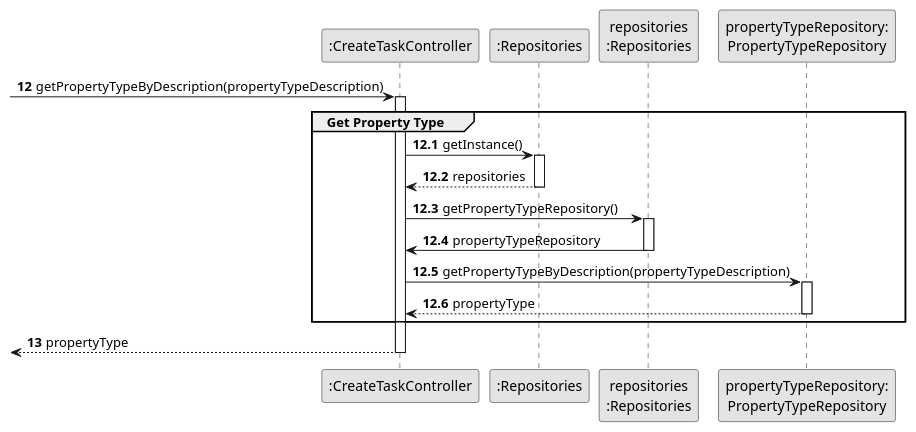
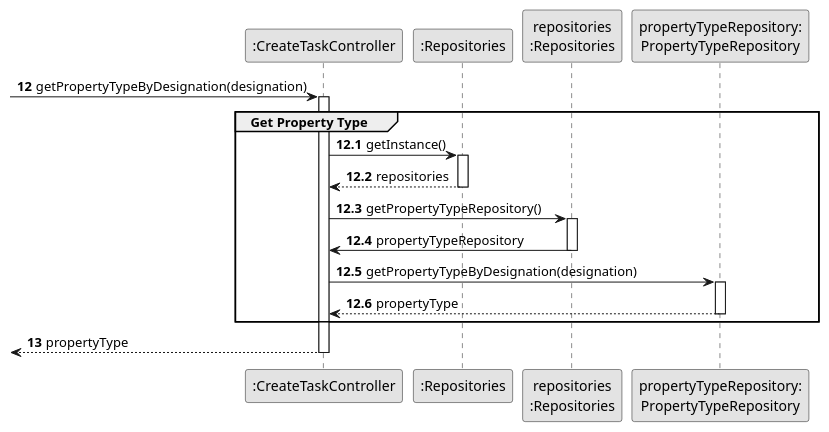
The diagram in docs/sprintB/us002/03.design/puml/us002-sequence-diagram-partial-get-property-type.puml (rita-barbosa/LAPR2-2223), drawn with PlantUML before and after one commit. The commit also changed 2 other files, not shown here.

Commit message:
Update of sequence diagram [US002][Design]

```diff
--- a/docs/sprintB/us002/03.design/puml/us002-sequence-diagram-partial-get-property-type.puml
+++ b/docs/sprintB/us002/03.design/puml/us002-sequence-diagram-partial-get-property-type.puml
@@ -1,44 +1,44 @@
 @startuml
 skinparam monochrome true
 skinparam packageStyle rectangle
 skinparam shadowing false
 
 participant ":CreateTaskController" as CTRL
 participant ":Repositories" as RepositorySingleton
 participant "repositories\n:Repositories" as PLAT
 participant "propertyTypeRepository:\nPropertyTypeRepository" as PropertyTypeRepository
 
 autonumber 12
--> CTRL : getPropertyTypeByDescription(propertyTypeDescription)
+-> CTRL : getPropertyTypeByDesignation(designation)
 
 autonumber 12.1
 
 activate CTRL
     group Get Property Type
         CTRL -> RepositorySingleton : getInstance()
         activate RepositorySingleton
 
             RepositorySingleton --> CTRL: repositories
         deactivate RepositorySingleton
 
         CTRL -> PLAT : getPropertyTypeRepository()
         activate PLAT
 
             PLAT -> CTRL : propertyTypeRepository
         deactivate PLAT
 
-        CTRL -> PropertyTypeRepository : getPropertyTypeByDescription(propertyTypeDescription)
+        CTRL -> PropertyTypeRepository : getPropertyTypeByDesignation(designation)
         activate PropertyTypeRepository
 
         PropertyTypeRepository --> CTRL : propertyType
         deactivate PropertyTypeRepository
 
     end group
 
     autonumber 13
     <-- CTRL : propertyType
 
 deactivate CTRL
 
 
 @enduml
```
